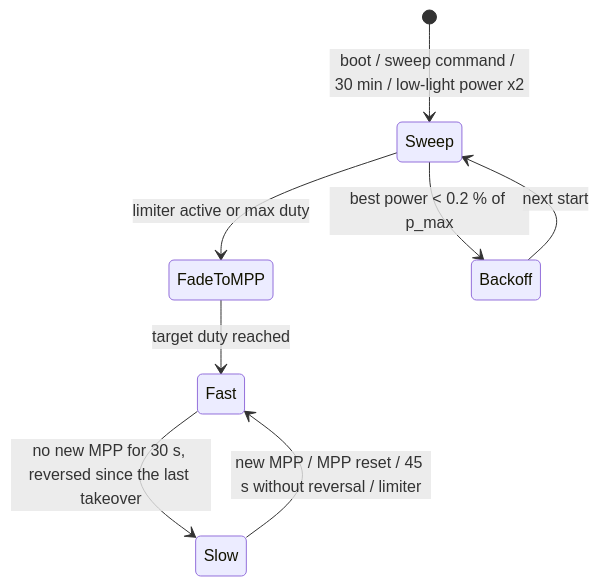
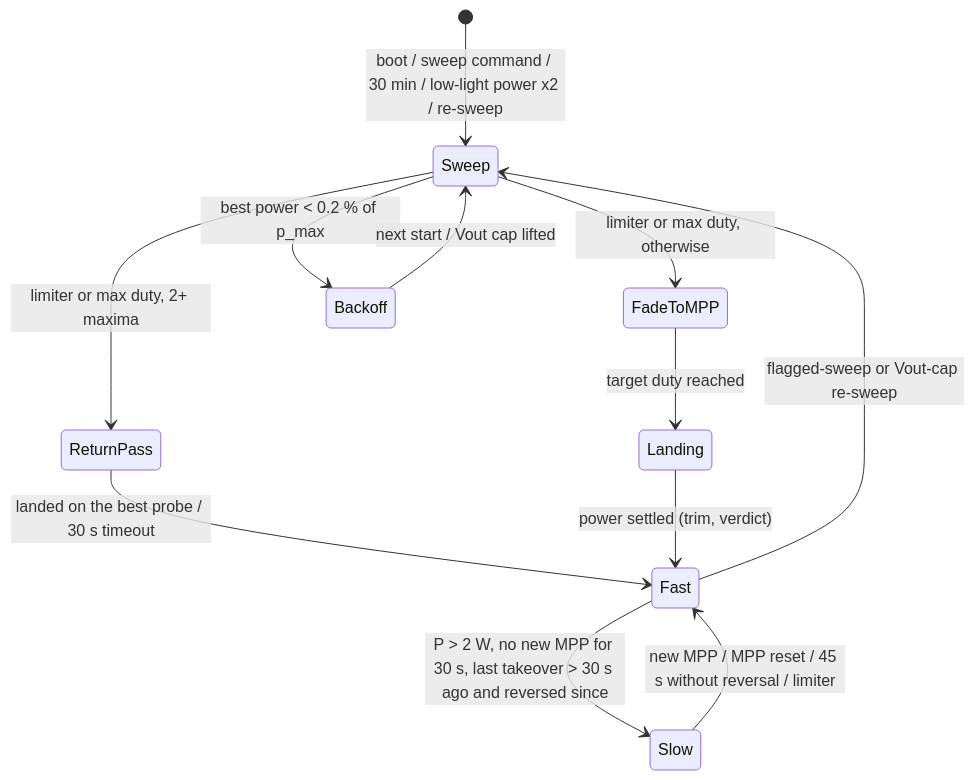
Before and after one commit to fl4p/fugu-mppt-firmware: the first of 2 diagrams in website/docs/internals/mppt-tracker.md, drawn with Mermaid. The commit also changed other lines of this file and 4 other files, not shown here.

Commit message:
docs: protection and MPP tracker pages match the code (4 s backoffs, latches, missing trips/watchdogs/start reasons, sweep time, scan cost, sweep gates); research records moved to doc/research; README: sweep time

````diff
--- a/website/docs/internals/mppt-tracker.md
+++ b/website/docs/internals/mppt-tracker.md
@@ -37,10 +38,14 @@
 ```mermaid
 stateDiagram-v2
-    [*] --> Sweep: boot / sweep command / 30 min / low-light power x2
-    Sweep --> FadeToMPP: limiter active or max duty
+    [*] --> Sweep: boot / sweep command / 30 min / low-light power x2 / re-sweep
+    Sweep --> ReturnPass: limiter or max duty, 2+ maxima
+    Sweep --> FadeToMPP: limiter or max duty, otherwise
     Sweep --> Backoff: best power < 0.2 % of p_max
-    FadeToMPP --> Fast: target duty reached
-    Fast --> Slow: no new MPP for 30 s, reversed since the last takeover
+    ReturnPass --> Fast: landed on the best probe / 30 s timeout
+    FadeToMPP --> Landing: target duty reached
+    Landing --> Fast: power settled (trim, verdict)
+    Fast --> Slow: P > 2 W, no new MPP for 30 s, last takeover > 30 s ago and reversed since
     Slow --> Fast: new MPP / MPP reset / 45 s without reversal / limiter
-    Backoff --> Sweep: next start
+    Fast --> Sweep: flagged-sweep or Vout-cap re-sweep
+    Backoff --> Sweep: next start / Vout cap lifted
 ```
````
